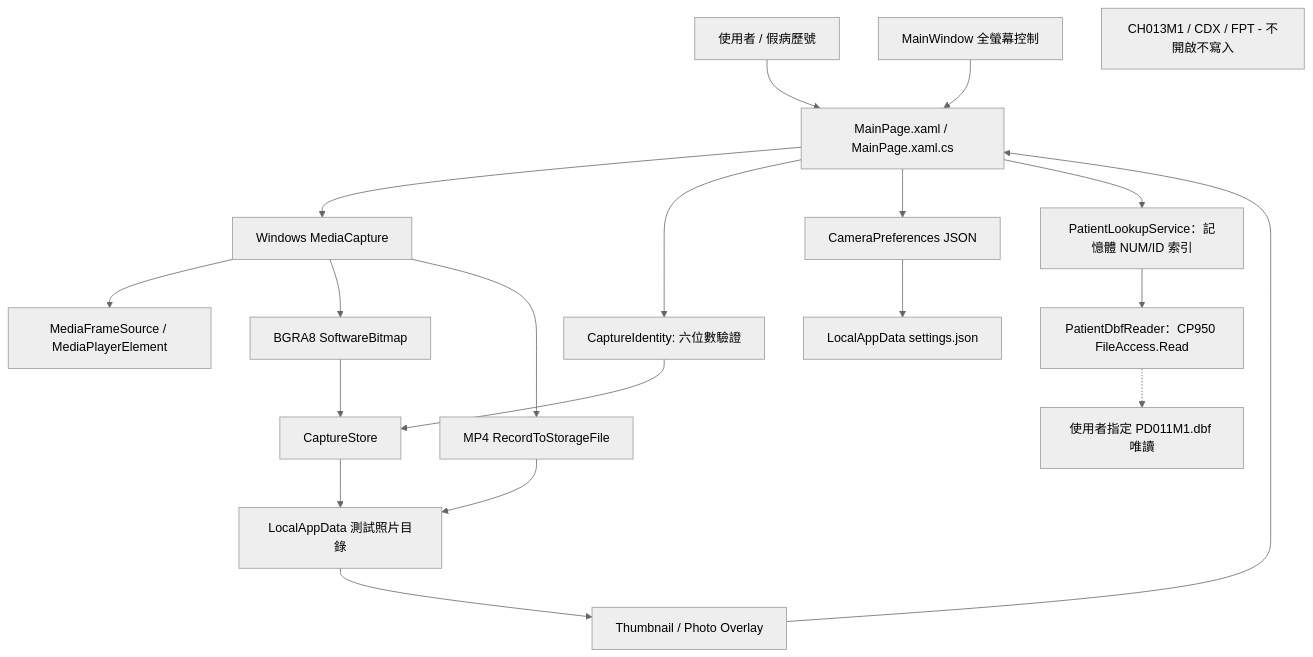
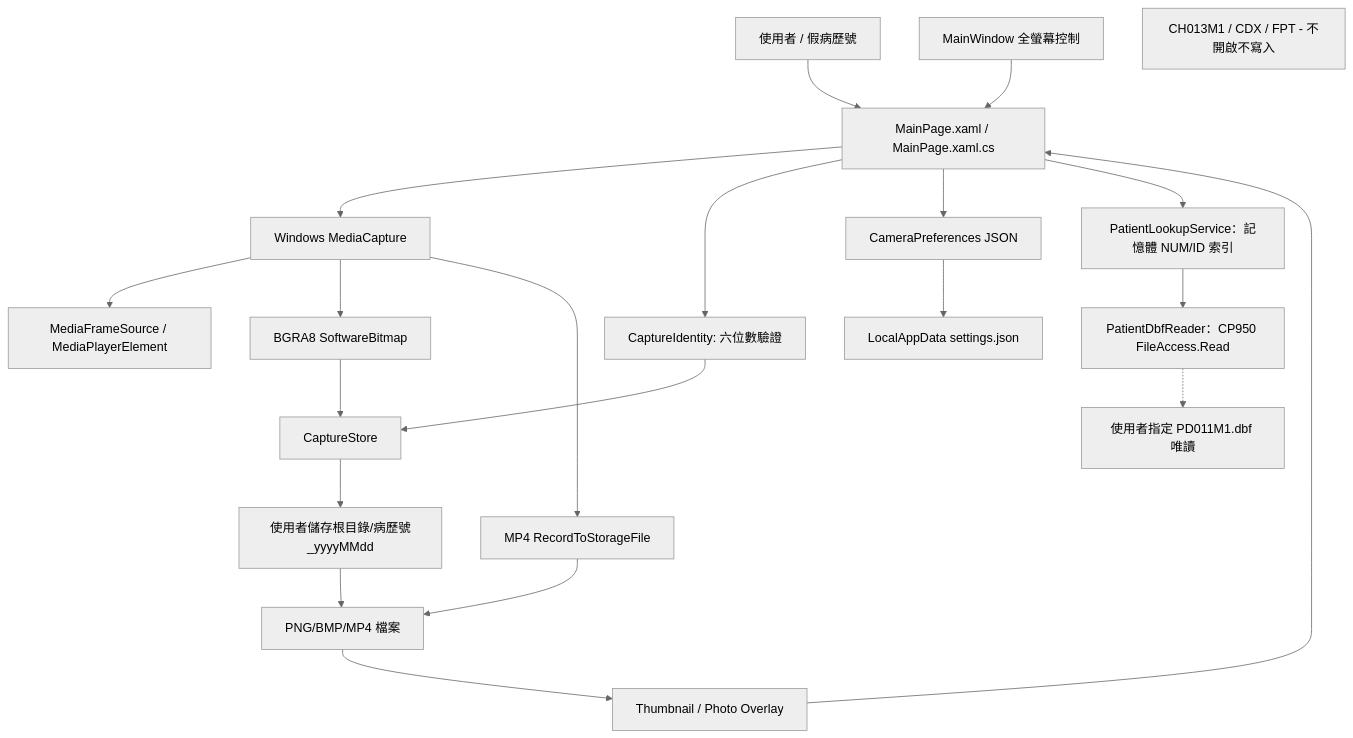
The first of 2 diagrams in ARCHITECTURE.md (lemonicefate/clinic-camera-capture), drawn with Mermaid (neutral theme) before and after one commit. The commit also changed other lines of this file and 9 other files, not shown here.

````diff
--- a/ARCHITECTURE.md
+++ b/ARCHITECTURE.md
@@ -9,22 +9,23 @@
 ```mermaid
 flowchart TD
     User[使用者 / 假病歷號] --> UI[MainPage.xaml / MainPage.xaml.cs]
     Window[MainWindow 全螢幕控制] --> UI
     UI --> Camera[Windows MediaCapture]
     Camera --> Preview[MediaFrameSource / MediaPlayerElement]
     Camera --> Bitmap[BGRA8 SoftwareBitmap]
     Bitmap --> Store[CaptureStore]
     UI --> Identity[CaptureIdentity: 六位數驗證]
     Identity --> Store
-    Store --> Local[LocalAppData 測試照片目錄]
+    Store --> Folder[使用者儲存根目錄/病歷號_yyyyMMdd]
+    Folder --> Local[PNG/BMP/MP4 檔案]
     Camera --> Video[MP4 RecordToStorageFile]
     Video --> Local
     UI --> Prefs[CameraPreferences JSON]
     Prefs --> Settings[LocalAppData settings.json]
     Local --> Viewer[Thumbnail / Photo Overlay]
     Viewer --> UI
     UI --> Lookup[PatientLookupService：記憶體 NUM/ID 索引]
     Lookup --> DbfReader[PatientDbfReader：CP950 FileAccess.Read]
     DbfReader -.-> PatientDbf[使用者指定 PD011M1.dbf 唯讀]
     HIS[CH013M1 / CDX / FPT - 不開啟不寫入]
 ```
````
